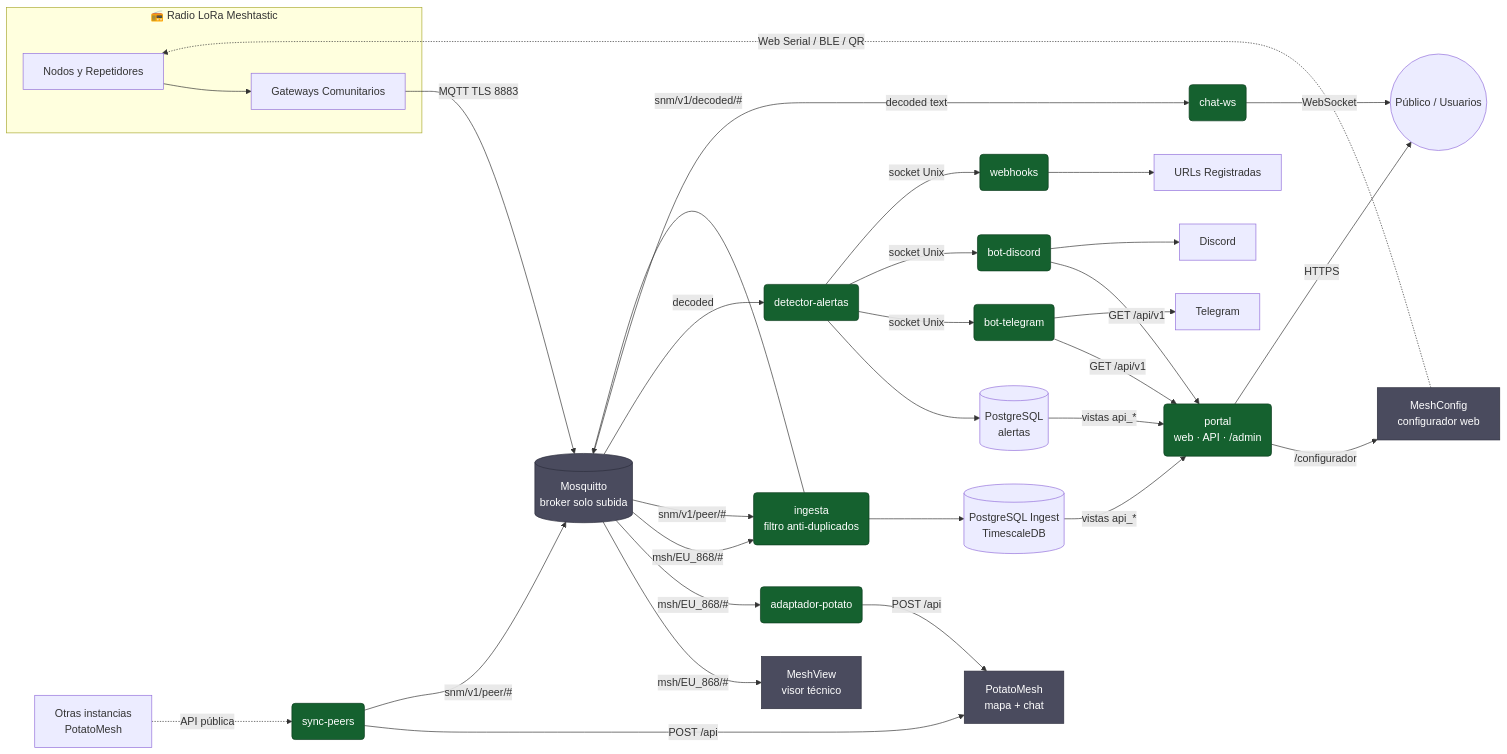
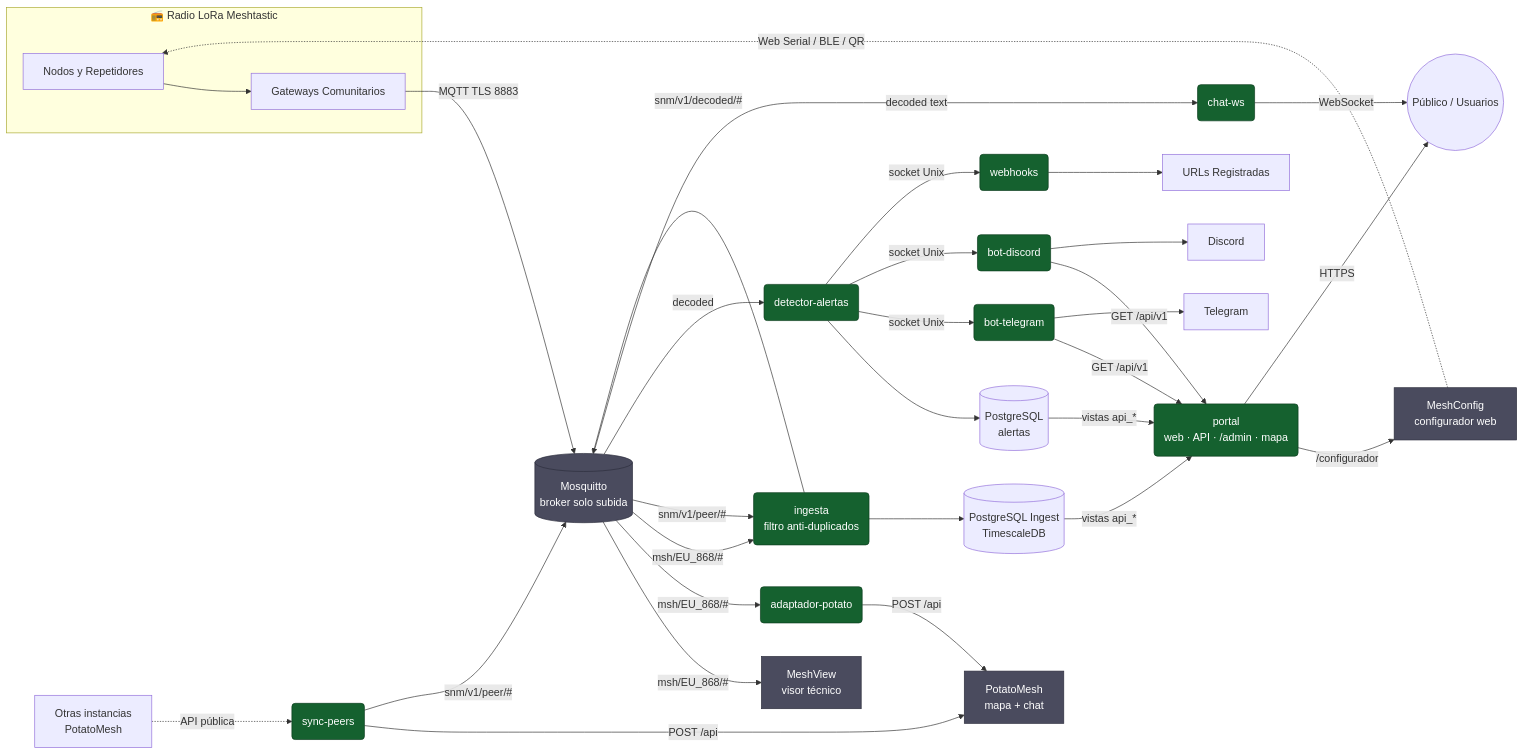
The first of 2 diagrams in README.md (raupulus/andalucia-mesh), drawn with Mermaid before and after one commit. The commit also changed other lines of this file and 6 other files, not shown here.

Commit message:
docs: actualizar readme, esquemas y documentacion tecnica con mapa interactivo y vistas contrato

````diff
--- a/README.md
+++ b/README.md
@@ -55,45 +55,45 @@
 ```mermaid
 flowchart LR
   subgraph RADIO["📻 Radio LoRa Meshtastic"]
     N[Nodos y Repetidores] --> G[Gateways Comunitarios]
   end
 
   G -- "MQTT TLS 8883" --> MQ[("Mosquitto<br/>broker solo subida")]
 
   MQ -- "msh/EU_868/#" --> MV["MeshView<br/>visor técnico"]
   MQ -- "msh/EU_868/#" --> AP("adaptador-potato")
   MQ -- "msh/EU_868/#" --> IN("ingesta<br/>filtro anti-duplicados")
   AP -- "POST /api" --> PM["PotatoMesh<br/>mapa + chat"]
   EXT[Otras instancias<br/>PotatoMesh] -. "API pública" .-> SP("sync-peers")
   SP -- "POST /api" --> PM
   SP -- "snm/v1/peer/#" --> MQ
   MQ -- "snm/v1/peer/#" --> IN
 
   IN --> DBI[("PostgreSQL Ingest<br/>TimescaleDB")]
   IN -- "snm/v1/decoded/#" --> MQ
   MQ -- "decoded" --> DA("detector-alertas")
   MQ -- "decoded text" --> CW("chat-ws")
   DA --> DBA[("PostgreSQL<br/>alertas")]
   DA -- "socket Unix" --> BT("bot-telegram")
   DA -- "socket Unix" --> BD("bot-discord")
   DA -- "socket Unix" --> WH("webhooks")
 
-  DBI -- "vistas api_*" --> PO("portal<br/>web · API · /admin")
+  DBI -- "vistas api_*" --> PO("portal<br/>web · API · /admin · mapa")
   DBA -- "vistas api_*" --> PO
   BT -- "GET /api/v1" --> PO
   BD -- "GET /api/v1" --> PO
 
   MC["MeshConfig<br/>configurador web"] -. "Web Serial / BLE / QR" .-> N
   PO -- "/configurador" --> MC
 
   CW -- "WebSocket" --> U((Público / Usuarios))
   PO -- "HTTPS" --> U
   BT --> TG[Telegram]
   BD --> DC[Discord]
   WH --> URL[URLs Registradas]
 
   classDef propio fill:#15612F,color:#fff,stroke:#0b3d1d
   classDef tercero fill:#4A4B5E,color:#fff,stroke:#2C2D3C
   class AP,IN,SP,DA,CW,BT,BD,WH,PO propio
   class MQ,MV,PM,MC tercero
 ```
````
